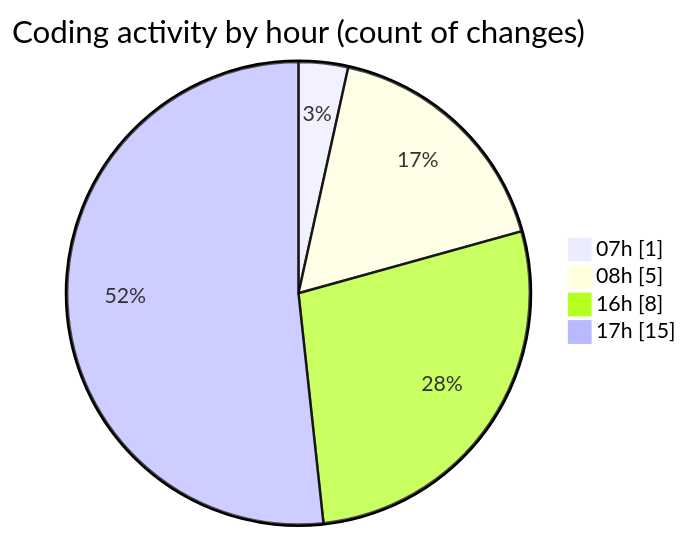
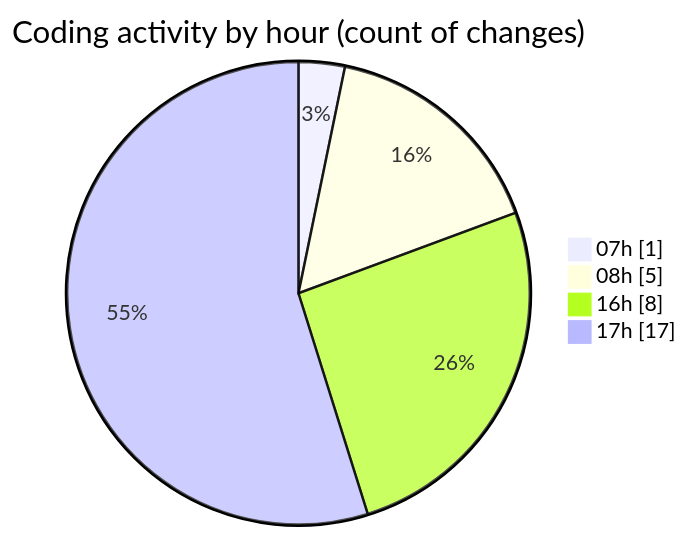
One commit to Elitesun/code-tracking changed the second of 2 diagrams in 2025-02-13/elitegpt/README.md. Above: the diagram before and after it, drawn with Mermaid. The commit also changed other lines of this file and 1 other file, not shown here.

````diff
--- a/2025-02-13/elitegpt/README.md
+++ b/2025-02-13/elitegpt/README.md
@@ -36,8 +36,8 @@
 ```mermaid
 pie showData
 title Coding activity by hour (count of changes)
 "07h" : 1
 "08h" : 5
 "16h" : 8
-"17h" : 15
+"17h" : 17
 ```
````
